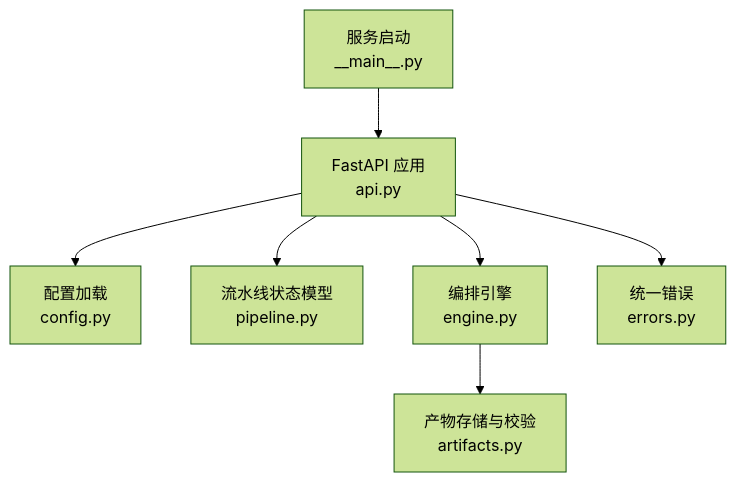
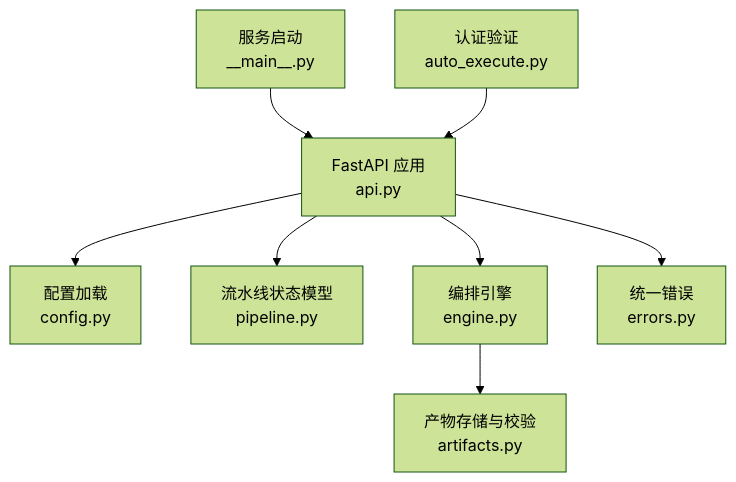
One commit to Joeyzheng001/LLM-AutoTest changed the first of 5 diagrams in .qoder/repowiki/zh/content/核心服务/编排服务(Orchestrator)/API接口.md. Above: the diagram before and after it, drawn with Mermaid (forest theme). The commit also changed other lines of this file and 94 other files, not shown here.

````diff
--- a/.qoder/repowiki/zh/content/核心服务/编排服务(Orchestrator)/API接口.md
+++ b/.qoder/repowiki/zh/content/核心服务/编排服务(Orchestrator)/API接口.md
@@ -36,9 +44,10 @@
 ```mermaid
 graph TB
 A["FastAPI 应用<br/>api.py"] --> B["配置加载<br/>config.py"]
 A --> C["流水线状态模型<br/>pipeline.py"]
 A --> D["编排引擎<br/>engine.py"]
 D --> E["产物存储与校验<br/>artifacts.py"]
 A --> F["统一错误<br/>errors.py"]
 G["服务启动<br/>__main__.py"] --> A
+H["认证验证<br/>auto_execute.py"] --> A
 ```
````
